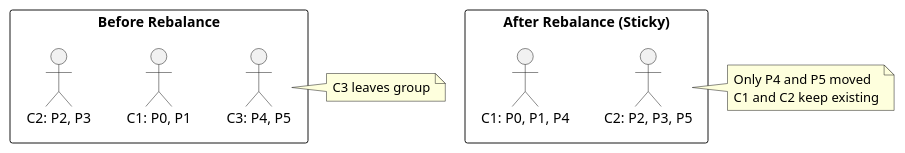
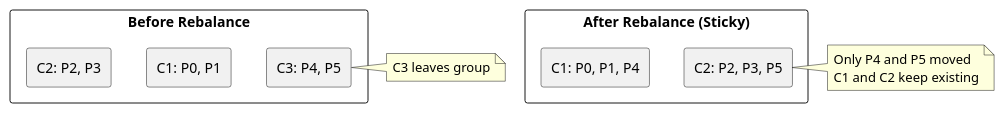
One commit to axonops/documentation changed the fourth of 5 diagrams in docs/data-platforms/kafka/application-development/consumers/consumer-groups.md. Above: the diagram before and after it, drawn with PlantUML. The commit also changed other lines of this file and 4 other files, not shown here.

Commit message:
Replacing actors with rectangles in plantuml diagrams

````diff
--- a/docs/data-platforms/kafka/application-development/consumers/consumer-groups.md
+++ b/docs/data-platforms/kafka/application-development/consumers/consumer-groups.md
@@ -192,25 +192,25 @@
 ```plantuml
 @startuml
 
 skinparam backgroundColor transparent
 
 rectangle "Before Rebalance" {
-    actor "C1: P0, P1" as C1a
-    actor "C2: P2, P3" as C2a
-    actor "C3: P4, P5" as C3a
+    rectangle "C1: P0, P1" as C1a
+    rectangle "C2: P2, P3" as C2a
+    rectangle "C3: P4, P5" as C3a
 }
 
 note right of C3a: C3 leaves group
 
 rectangle "After Rebalance (Sticky)" {
-    actor "C1: P0, P1, P4" as C1b
-    actor "C2: P2, P3, P5" as C2b
+    rectangle "C1: P0, P1, P4" as C1b
+    rectangle "C2: P2, P3, P5" as C2b
 }
 
 note right of C2b
     Only P4 and P5 moved
     C1 and C2 keep existing
 end note
 
 @enduml
 ```
````
